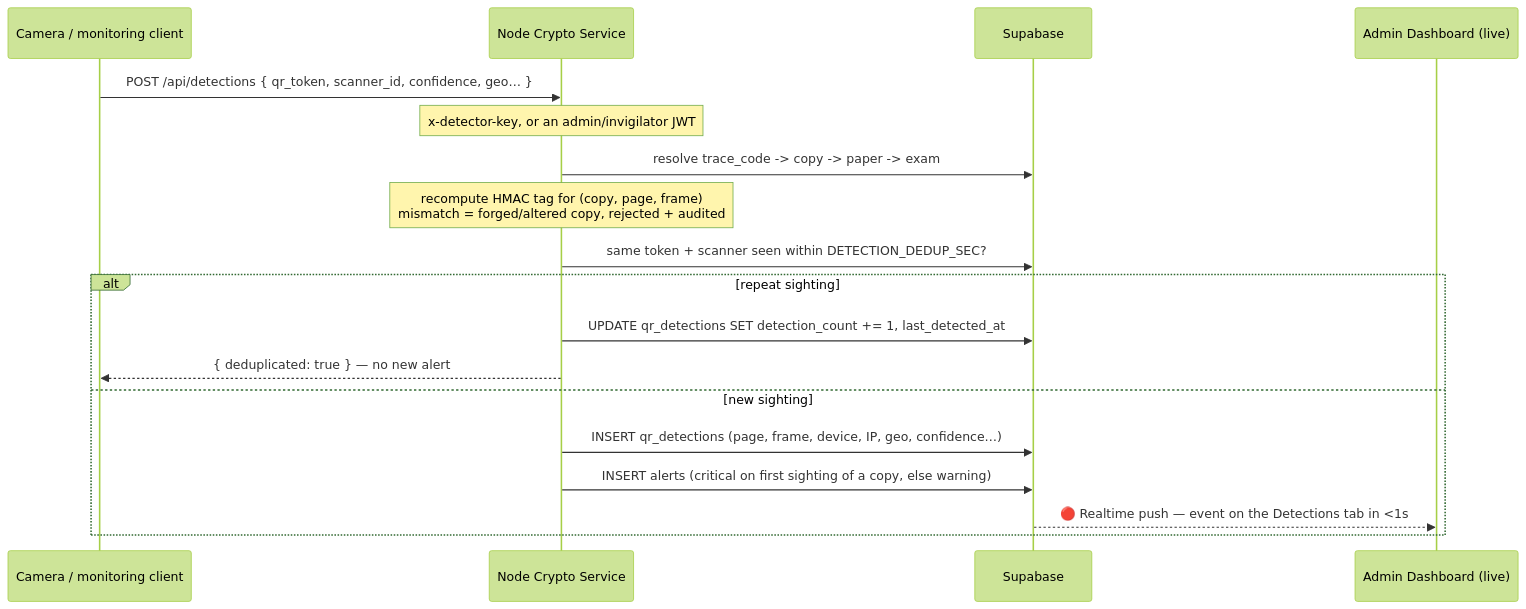
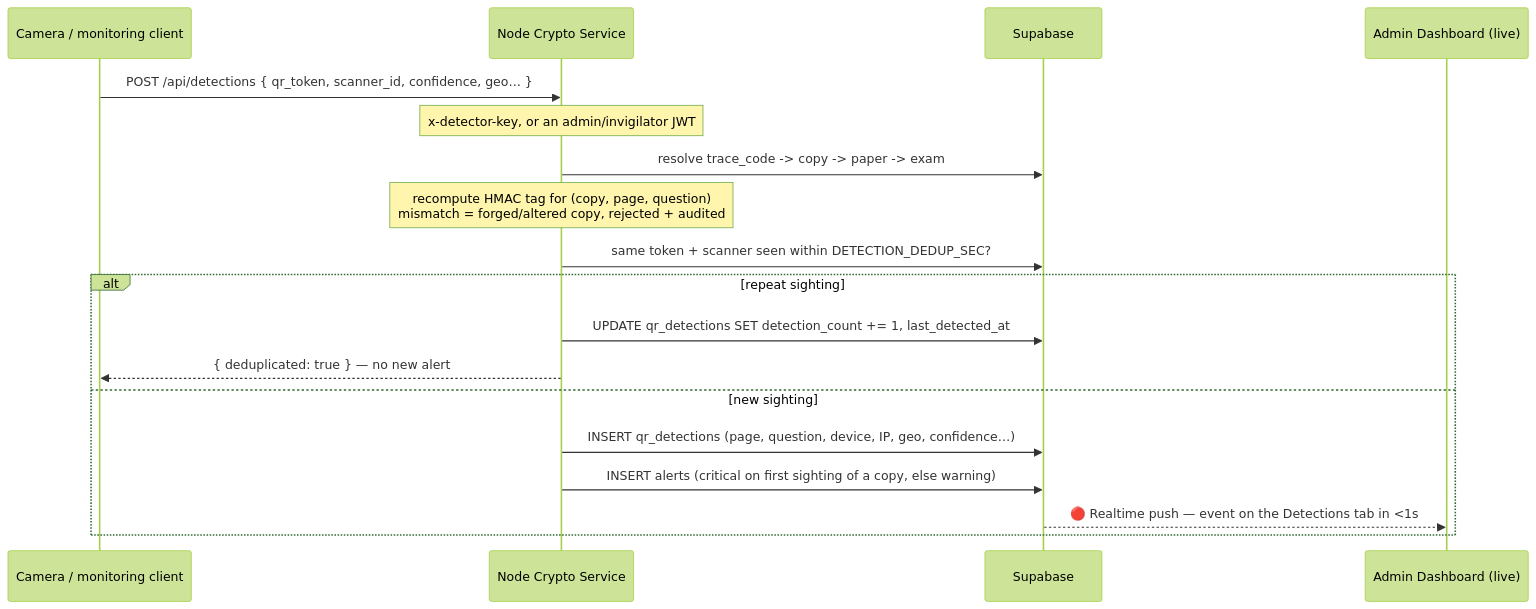
The eighth of 9 diagrams in docs/ARCHITECTURE.md (dynagi/Final-Exam), drawn with Mermaid (forest theme) before and after one commit. The commit also changed other lines of this file and 15 other files, not shown here.

````diff
--- a/docs/ARCHITECTURE.md
+++ b/docs/ARCHITECTURE.md
@@ -299,21 +321,21 @@
 ```mermaid
 sequenceDiagram
     participant Cam as Camera / monitoring client
     participant CS as Node Crypto Service
     participant SB as Supabase
     participant Admin as Admin Dashboard (live)
 
     Cam->>CS: POST /api/detections { qr_token, scanner_id, confidence, geo… }
     Note over CS: x-detector-key, or an admin/invigilator JWT
     CS->>SB: resolve trace_code -> copy -> paper -> exam
-    Note over CS: recompute HMAC tag for (copy, page, frame)<br/>mismatch = forged/altered copy, rejected + audited
+    Note over CS: recompute HMAC tag for (copy, page, question)<br/>mismatch = forged/altered copy, rejected + audited
     CS->>SB: same token + scanner seen within DETECTION_DEDUP_SEC?
     alt repeat sighting
         CS->>SB: UPDATE qr_detections SET detection_count += 1, last_detected_at
         CS-->>Cam: { deduplicated: true }  — no new alert
     else new sighting
-        CS->>SB: INSERT qr_detections (page, frame, device, IP, geo, confidence…)
+        CS->>SB: INSERT qr_detections (page, question, device, IP, geo, confidence…)
         CS->>SB: INSERT alerts (critical on first sighting of a copy, else warning)
         SB-->>Admin: 🔴 Realtime push — event on the Detections tab in <1s
     end
 ```
````
